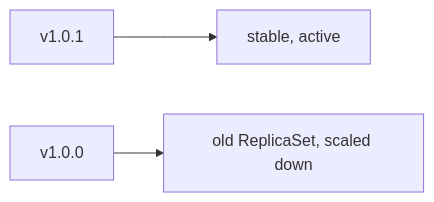
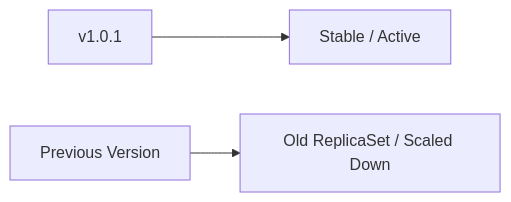
Before and after one commit to ahmed-sayed-devops/microservices-platform-gitops: the sixth of 35 diagrams in docs/04-progressive-delivery/README.md, drawn with Mermaid. The commit also changed other lines of this file and 13 other files, not shown here.

Commit message:
docs: update progressive delivery and platform architecture

````diff
--- a/docs/04-progressive-delivery/README.md
+++ b/docs/04-progressive-delivery/README.md
@@ -386,5 +428,6 @@
 ```mermaid
 graph LR
-    A["v1.0.1"] --> B["stable, active"]
-    C["v1.0.0"] --> D["old ReplicaSet, scaled down"]
+
+    A["v1.0.1"] --> B["Stable / Active"]
+    C["Previous Version"] --> D["Old ReplicaSet / Scaled Down"]
 ```
````
